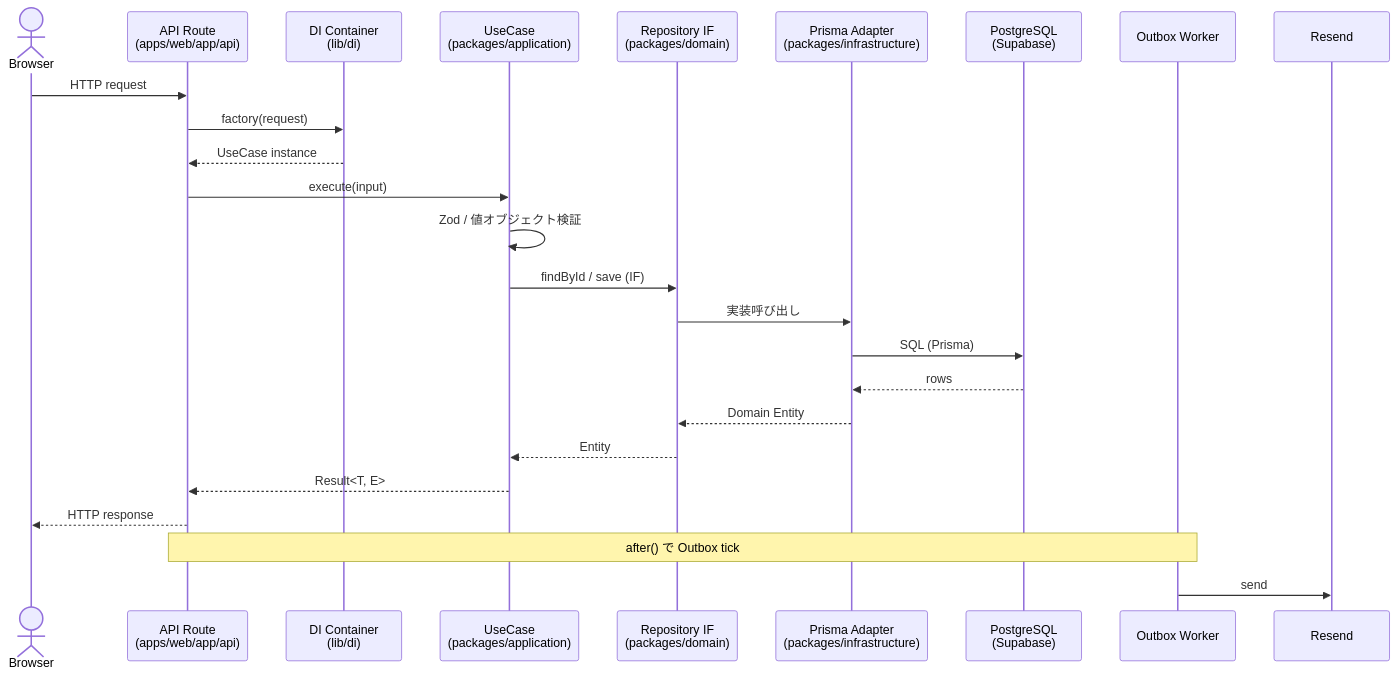
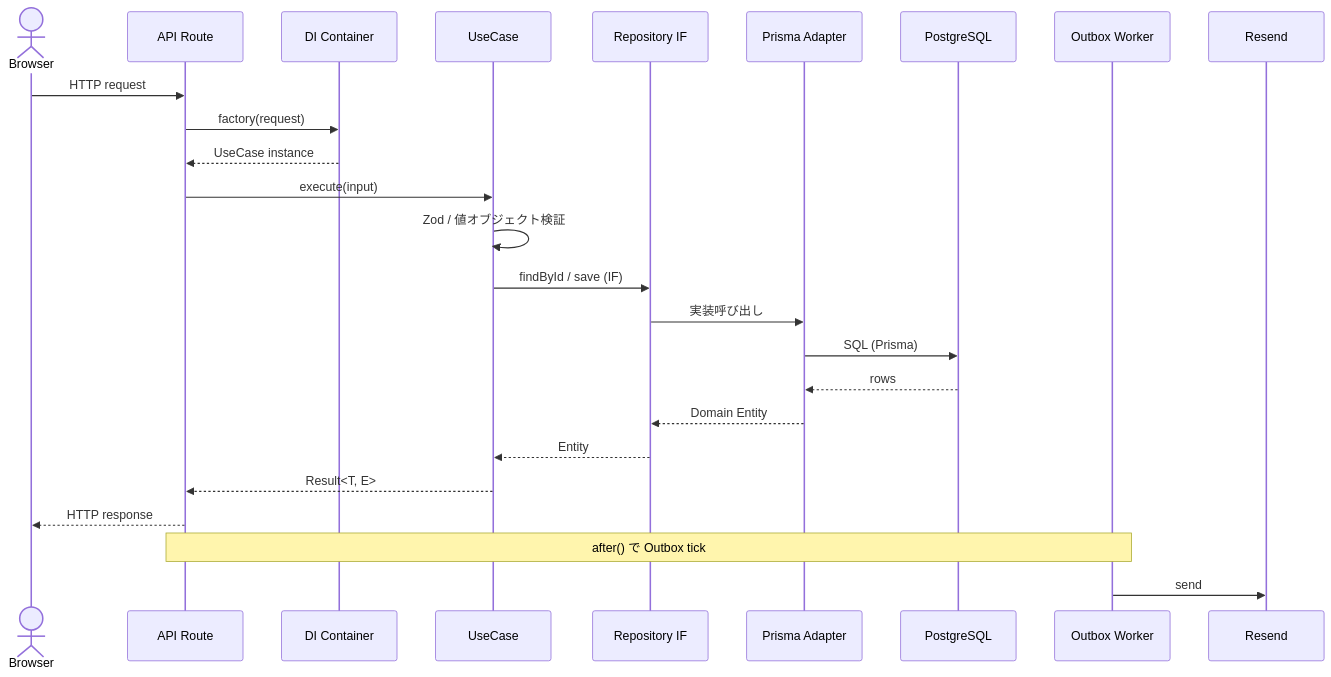
One commit to Physicalfunding/PhysiFun changed the fifth of 8 diagrams in docs/specs/01_system-architecture.md. Above: the diagram before and after it, drawn with Mermaid. The commit also changed other lines of this file, not shown here.

Commit message:
fix(specs): 01 システムアーキの Mermaid パースエラーを修正
GitHub の Mermaid レンダラが §2 のエッジラベル内括弧 `(環境変数)` を
ノード形状の開始と誤認しパースエラーになっていた。

修正:
- §2 のエッジラベルから `(環境変数)` を削除（隣接ノードに既に同情報あり）
- §4.1 sequenceDiagram の `participant X as ... (...)` 形式の括弧を削除
  （シーケンス図の as alias で括弧が混入するのを避ける、念のため）

````diff
--- a/docs/specs/01_system-architecture.md
+++ b/docs/specs/01_system-architecture.md
@@ -201,28 +201,28 @@
 ```mermaid
 sequenceDiagram
     actor Client as Browser
-    participant Route as API Route<br/>(apps/web/app/api)
-    participant DI as DI Container<br/>(lib/di)
-    participant UC as UseCase<br/>(packages/application)
-    participant Repo as Repository IF<br/>(packages/domain)
-    participant Adapter as Prisma Adapter<br/>(packages/infrastructure)
-    participant DB as PostgreSQL<br/>(Supabase)
+    participant Route as API Route
+    participant DI as DI Container
+    participant UC as UseCase
+    participant Repo as Repository IF
+    participant Adapter as Prisma Adapter
+    participant DB as PostgreSQL
     participant Outbox as Outbox Worker
     participant Mail as Resend
 
     Client->>Route: HTTP request
     Route->>DI: factory(request)
     DI-->>Route: UseCase instance
     Route->>UC: execute(input)
     UC->>UC: Zod / 値オブジェクト検証
     UC->>Repo: findById / save (IF)
     Repo->>Adapter: 実装呼び出し
     Adapter->>DB: SQL (Prisma)
     DB-->>Adapter: rows
     Adapter-->>Repo: Domain Entity
     Repo-->>UC: Entity
     UC-->>Route: Result<T, E>
     Route-->>Client: HTTP response
     Note over Route,Outbox: after() で Outbox tick
     Outbox->>Mail: send
 ```
````
